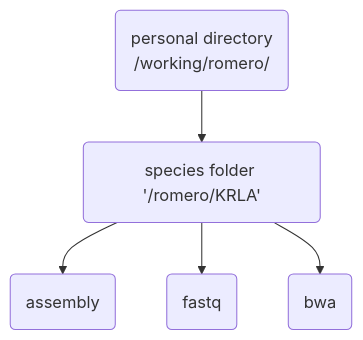
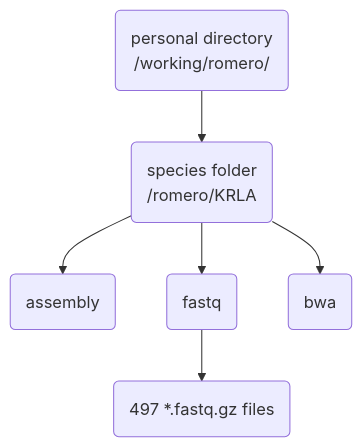
Before and after one commit to tparchman/lab: the diagram in KRLA_lab_meetings_workflow/README.md, drawn with Mermaid.

````diff
--- a/KRLA_lab_meetings_workflow/README.md
+++ b/KRLA_lab_meetings_workflow/README.md
@@ -35,7 +35,8 @@
 ```mermaid
 flowchart TD;
-    A(personal directory <br> /working/romero/) --> B(species folder '/romero/KRLA')
+    A(personal directory <br> /working/romero/) --> B(species folder <br> /romero/KRLA)
     B --> C(assembly)
     B --> D(fastq)
     B --> E(bwa)
+    D --> F(497 *.fastq.gz files)
 ```
````
